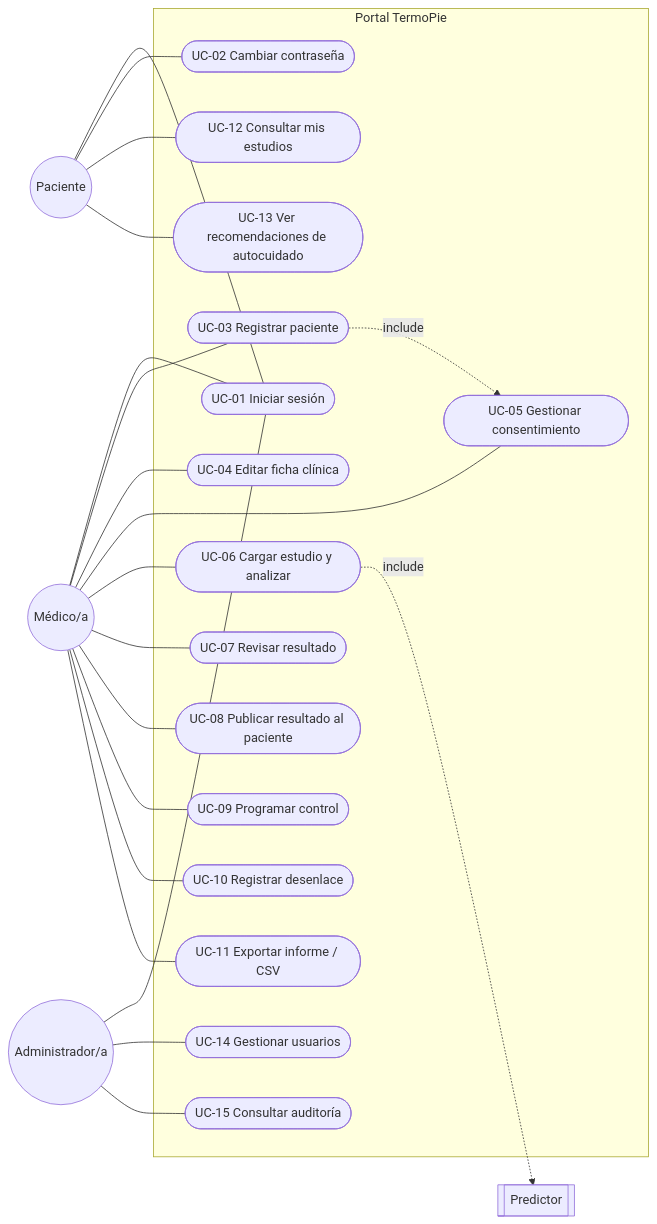
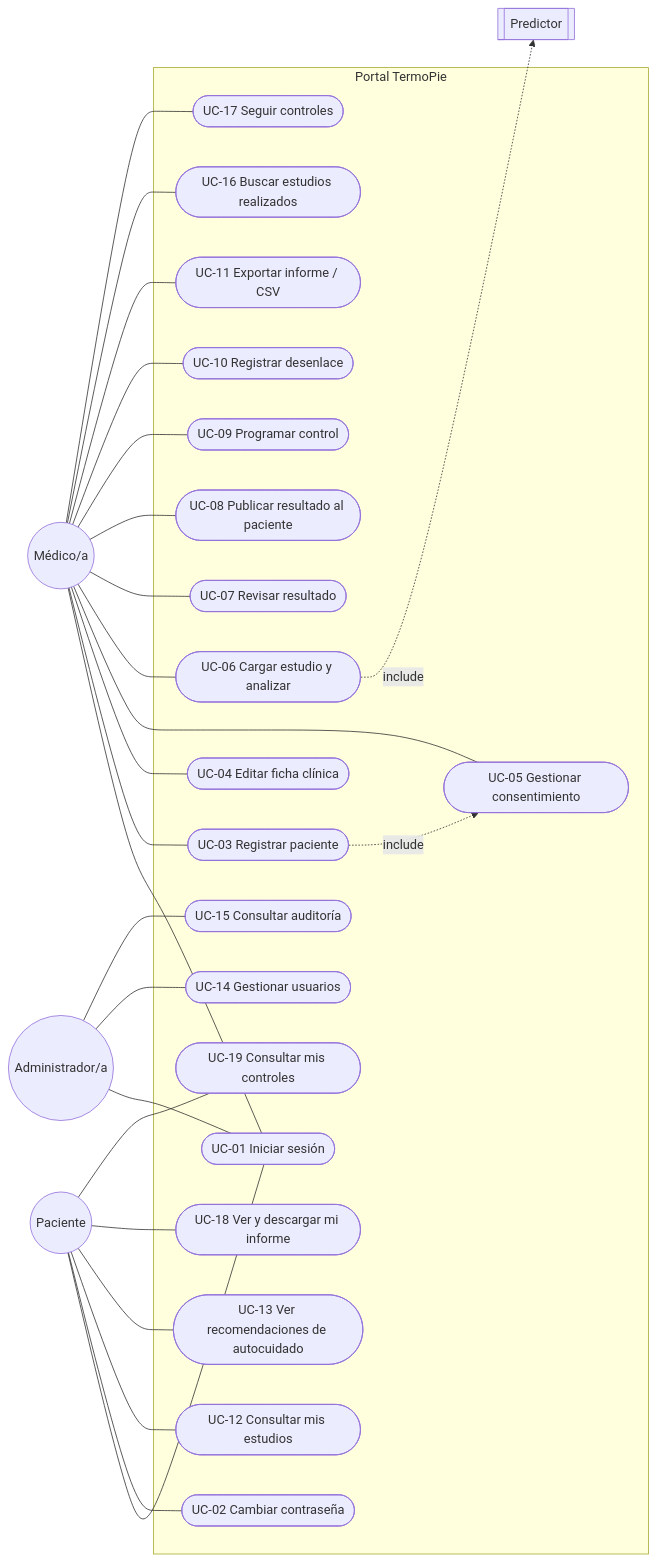
The diagram in docs/casos-de-uso.md (ivanjalid1/portal-pie-diabetico), drawn with Mermaid before and after one commit. The commit also changed other lines of this file and 8 other files, not shown here.

````diff
--- a/docs/casos-de-uso.md
+++ b/docs/casos-de-uso.md
@@ -15,31 +15,35 @@
 ```mermaid
 flowchart LR
   M((Médico/a))
   P((Paciente))
   A((Administrador/a))
   PR[[Predictor]]
 
   subgraph Portal TermoPie
     UC01([UC-01 Iniciar sesión])
     UC02([UC-02 Cambiar contraseña])
     UC03([UC-03 Registrar paciente])
     UC04([UC-04 Editar ficha clínica])
     UC05([UC-05 Gestionar consentimiento])
     UC06([UC-06 Cargar estudio y analizar])
     UC07([UC-07 Revisar resultado])
     UC08([UC-08 Publicar resultado al paciente])
     UC09([UC-09 Programar control])
     UC10([UC-10 Registrar desenlace])
     UC11([UC-11 Exportar informe / CSV])
     UC12([UC-12 Consultar mis estudios])
     UC13([UC-13 Ver recomendaciones de autocuidado])
     UC14([UC-14 Gestionar usuarios])
     UC15([UC-15 Consultar auditoría])
+    UC16([UC-16 Buscar estudios realizados])
+    UC17([UC-17 Seguir controles])
+    UC18([UC-18 Ver y descargar mi informe])
+    UC19([UC-19 Consultar mis controles])
   end
 
-  M --- UC01 & UC03 & UC04 & UC05 & UC06 & UC07 & UC08 & UC09 & UC10 & UC11
-  P --- UC01 & UC02 & UC12 & UC13
+  M --- UC01 & UC03 & UC04 & UC05 & UC06 & UC07 & UC08 & UC09 & UC10 & UC11 & UC16 & UC17
+  P --- UC01 & UC02 & UC12 & UC13 & UC18 & UC19
   A --- UC01 & UC14 & UC15
   UC06 -. include .-> PR
   UC03 -. include .-> UC05
 ```
````
